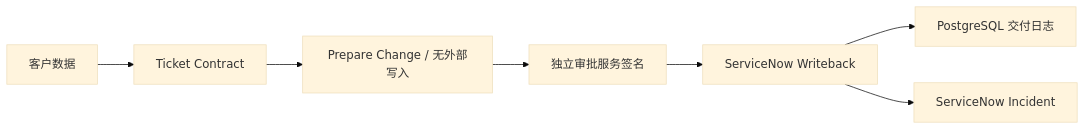
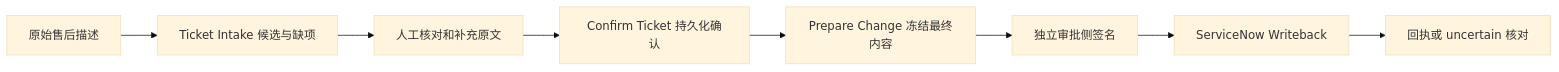
Before and after one commit to hfeiuhog/servicebridge-delivery: the diagram in README.md, drawn with Mermaid (base theme). The commit also changed other lines of this file and 47 other files, not shown here.

````diff
--- a/README.md
+++ b/README.md
@@ -16,9 +13,10 @@
 ```mermaid
 flowchart LR
-  A[客户数据] --> B[Ticket Contract]
-  B --> C[Prepare Change / 无外部写入]
-  C --> D[独立审批服务签名]
-  D --> E[ServiceNow Writeback]
-  E --> F[PostgreSQL 交付日志]
-  E --> G[ServiceNow Incident]
+ A[原始售后描述] --> B[Ticket Intake 候选与缺项]
+ B --> C[人工核对和补充原文]
+ C --> D[Confirm Ticket 持久化确认]
+ D --> E[Prepare Change 冻结最终内容]
+ E --> F[独立审批侧签名]
+ F --> G[ServiceNow Writeback]
+ G --> H[回执或 uncertain 核对]
 ```
````
